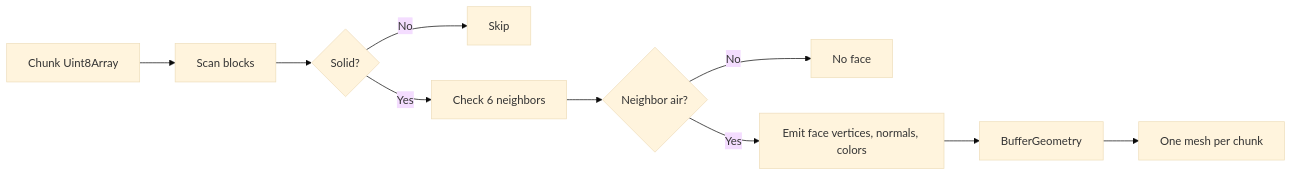
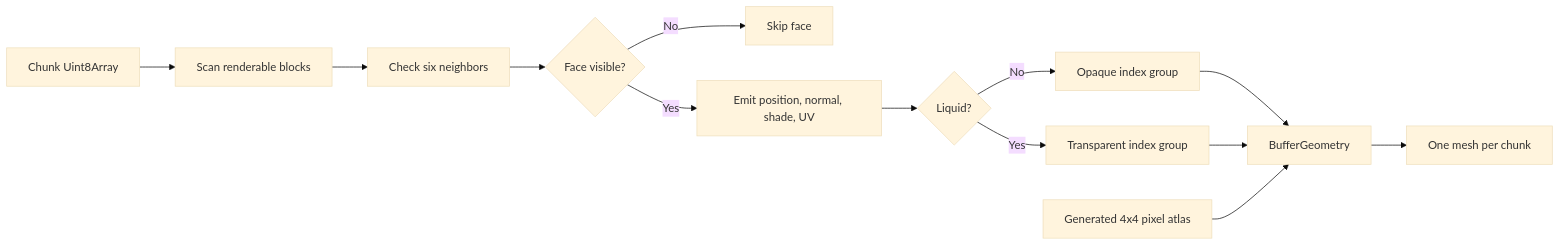
The fourth of 5 diagrams in docs/ARCHITECTURE.md (scottrobertson97/blocks-game), drawn with Mermaid (base theme) before and after one commit. The commit also changed other lines of this file and 28 other files, not shown here.

````diff
--- a/docs/ARCHITECTURE.md
+++ b/docs/ARCHITECTURE.md
@@ -67,12 +93,15 @@
 ```mermaid
 flowchart LR
-  Blocks["Chunk Uint8Array"] --> Scan["Scan blocks"]
-  Scan --> Solid{"Solid?"}
-  Solid -- No --> Skip["Skip"]
-  Solid -- Yes --> Neighbors["Check 6 neighbors"]
-  Neighbors --> Visible{"Neighbor air?"}
-  Visible -- No --> Hidden["No face"]
-  Visible -- Yes --> Face["Emit face vertices, normals, colors"]
-  Face --> Geometry["BufferGeometry"]
+  Blocks["Chunk Uint8Array"] --> Scan["Scan renderable blocks"]
+  Scan --> Neighbors["Check six neighbors"]
+  Neighbors --> Visible{"Face visible?"}
+  Visible -- No --> Skip["Skip face"]
+  Visible -- Yes --> Face["Emit position, normal, shade, UV"]
+  Face --> Bucket{"Liquid?"}
+  Bucket -- No --> Solid["Opaque index group"]
+  Bucket -- Yes --> Water["Transparent index group"]
+  Solid --> Geometry["BufferGeometry"]
+  Water --> Geometry
+  Atlas["Generated 4x4 pixel atlas"] --> Geometry
   Geometry --> Mesh["One mesh per chunk"]
 ```
````
